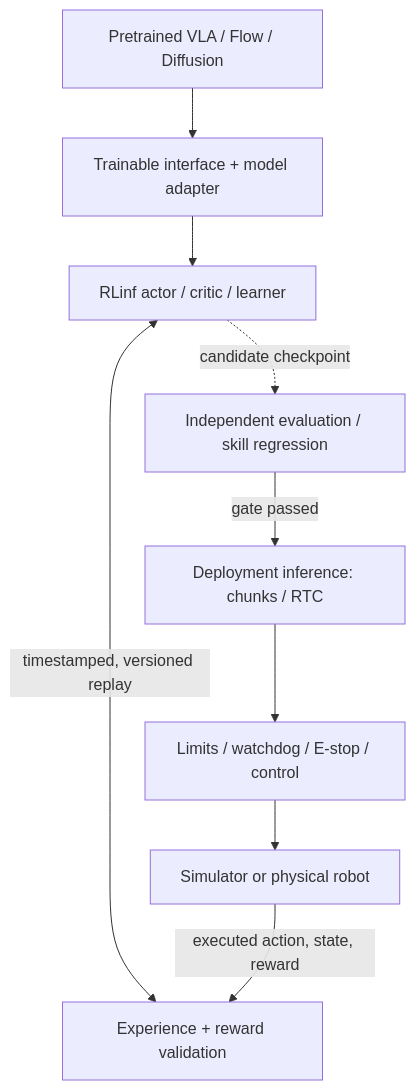
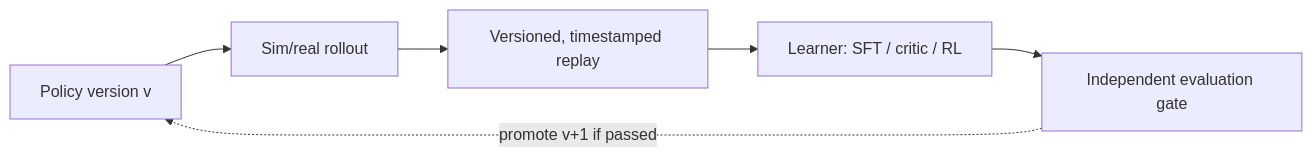
One commit to zengxiong111/zengxiong.github.io changed the fourth of 4 diagrams in files/RL_Post_Training_EN.md. Above: the diagram before and after it, drawn with Mermaid. The commit also changed other lines of this file and 7 other files, not shown here.

````diff
--- a/files/RL_Post_Training_EN.md
+++ b/files/RL_Post_Training_EN.md
@@ -221,11 +342,8 @@
 ```mermaid
-flowchart TB
-  M["Pretrained VLA / Flow / Diffusion"] --> I["Trainable interface + model adapter"]
-  I --> T["RLinf actor / critic / learner"]
-  T <-->|timestamped, versioned replay| D["Experience + reward validation"]
-  T -.->|candidate checkpoint| V["Independent evaluation / skill regression"]
-  V -->|gate passed| P["Deployment inference: chunks / RTC"]
-  P --> S["Limits / watchdog / E-stop / control"]
-  S --> R["Simulator or physical robot"]
-  R -->|executed action, state, reward| D
+flowchart LR
+  P["Policy version v"] --> R["Sim/real rollout"]
+  R --> D["Versioned, timestamped replay"]
+  D --> L["Learner: SFT / critic / RL"]
+  L --> G["Independent evaluation gate"]
+  G -.->|"promote v+1 if passed"| P
 ```
````
